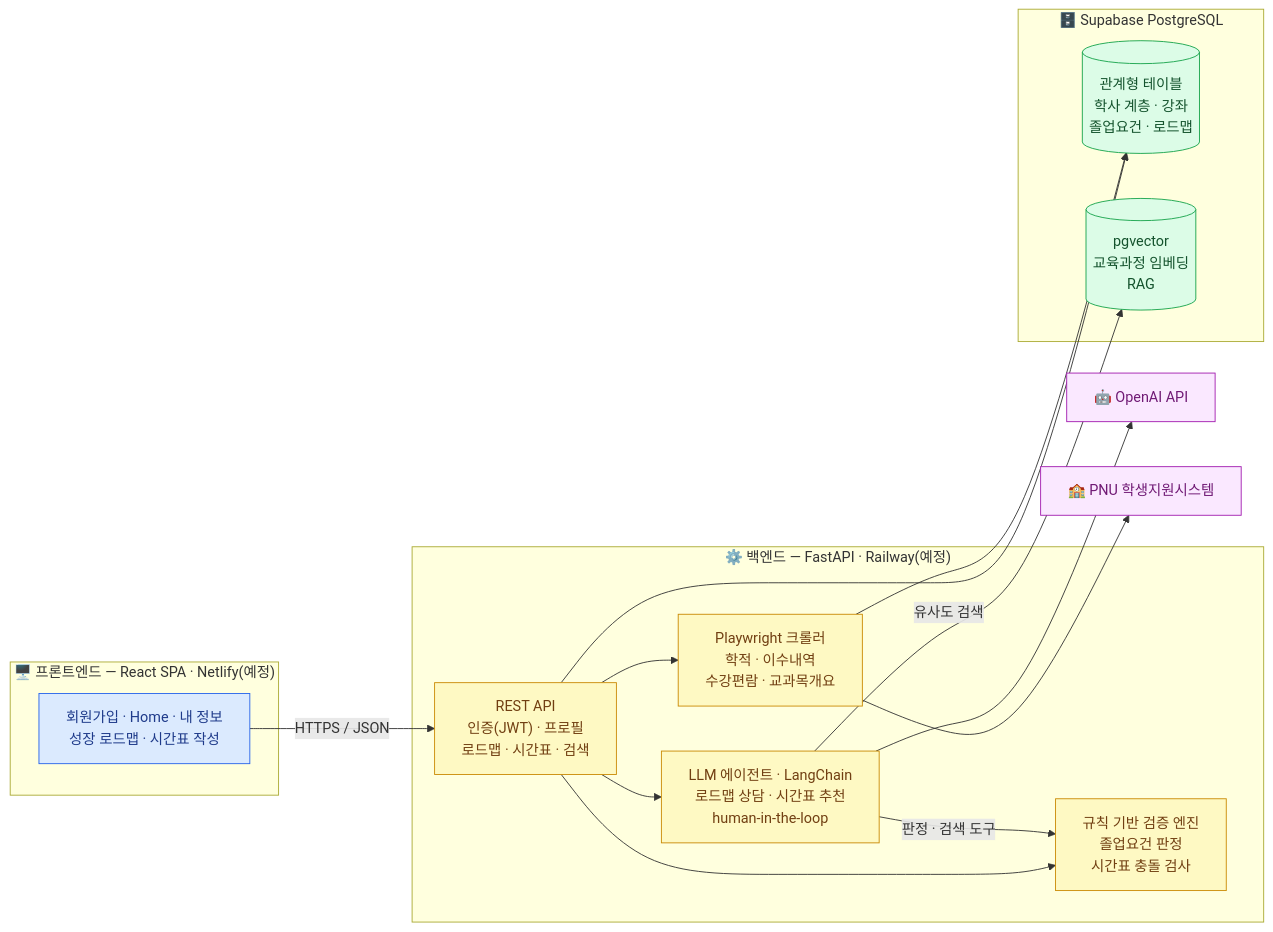
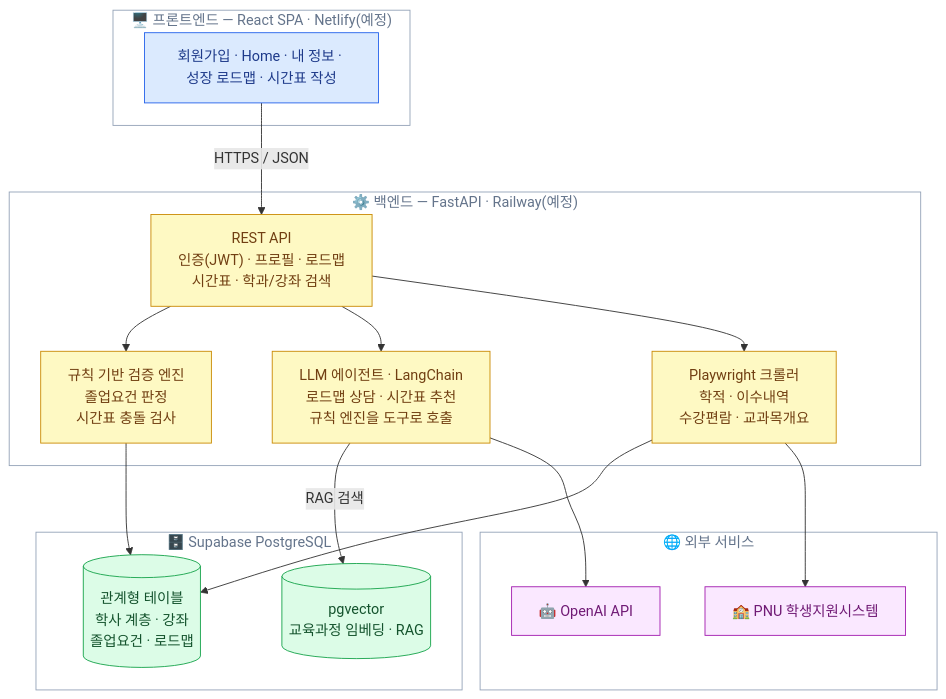
The diagram in README.md (PNU-2026-AI-Hackathon/pnuai-a-03-team-u), drawn with Mermaid before and after one commit.

Commit message:
ldw/docs: 시스템 구성도 배치 재정렬 — 계층형(TB)으로
LR 배치에서는 에이전트→규칙 엔진 간선이 규칙 엔진을 한 단 아래로 끌어내려
카드가 오른쪽으로 쏠리고 외부 서비스가 허공에 떴다. 위→아래 계층형으로 바꾸고
(프론트 → API → 엔진 3개 나란히 → DB·외부 서비스 나란히), 문제의 간선은
에이전트 카드 라벨("규칙 엔진을 도구로 호출")로 접었다. 외부 서비스도
subgraph 박스로 묶었다. 로컬 mermaid 렌더로 배치 확인함.

````diff
--- a/README.md
+++ b/README.md
@@ -58,41 +58,44 @@
 ```mermaid
-flowchart LR
+flowchart TB
     subgraph FRONT["🖥️ 프론트엔드 — React SPA · Netlify(예정)"]
-        FE["회원가입 · Home · 내 정보<br/>성장 로드맵 · 시간표 작성"]
+        FE["회원가입 · Home · 내 정보 · 성장 로드맵 · 시간표 작성"]
     end
 
     subgraph BACK["⚙️ 백엔드 — FastAPI · Railway(예정)"]
-        API["REST API<br/>인증(JWT) · 프로필<br/>로드맵 · 시간표 · 검색"]
+        API["REST API<br/>인증(JWT) · 프로필 · 로드맵<br/>시간표 · 학과/강좌 검색"]
         RULE["규칙 기반 검증 엔진<br/>졸업요건 판정<br/>시간표 충돌 검사"]
-        AGENT["LLM 에이전트 · LangChain<br/>로드맵 상담 · 시간표 추천<br/>human-in-the-loop"]
+        AGENT["LLM 에이전트 · LangChain<br/>로드맵 상담 · 시간표 추천<br/>규칙 엔진을 도구로 호출"]
         CRAWL["Playwright 크롤러<br/>학적 · 이수내역<br/>수강편람 · 교과목개요"]
     end
 
     subgraph DATA["🗄️ Supabase PostgreSQL"]
         PG[("관계형 테이블<br/>학사 계층 · 강좌<br/>졸업요건 · 로드맵")]
-        VEC[("pgvector<br/>교육과정 임베딩<br/>RAG")]
+        VEC[("pgvector<br/>교육과정 임베딩 · RAG")]
     end
 
-    LLM["🤖 OpenAI API"]
-    PNU["🏫 PNU 학생지원시스템"]
+    subgraph EXT["🌐 외부 서비스"]
+        LLM["🤖 OpenAI API"]
+        PNU["🏫 PNU 학생지원시스템"]
+    end
 
     FE -->|HTTPS / JSON| API
     API --> RULE
     API --> AGENT
     API --> CRAWL
-    AGENT -->|판정 · 검색 도구| RULE
-    AGENT -->|유사도 검색| VEC
+    RULE --> PG
+    AGENT -->|RAG 검색| VEC
     AGENT --> LLM
-    API --> PG
     CRAWL --> PG
     CRAWL --> PNU
 
     classDef front fill:#dbeafe,stroke:#2563eb,color:#1e3a8a
     classDef back fill:#fef9c3,stroke:#ca8a04,color:#713f12
     classDef data fill:#dcfce7,stroke:#16a34a,color:#14532d
     classDef ext fill:#fae8ff,stroke:#a21caf,color:#701a75
+    classDef band fill:transparent,stroke:#94a3b8,color:#64748b
     class FE front
     class API,RULE,AGENT,CRAWL back
     class PG,VEC data
     class LLM,PNU ext
+    class FRONT,BACK,DATA,EXT band
 ```
````
